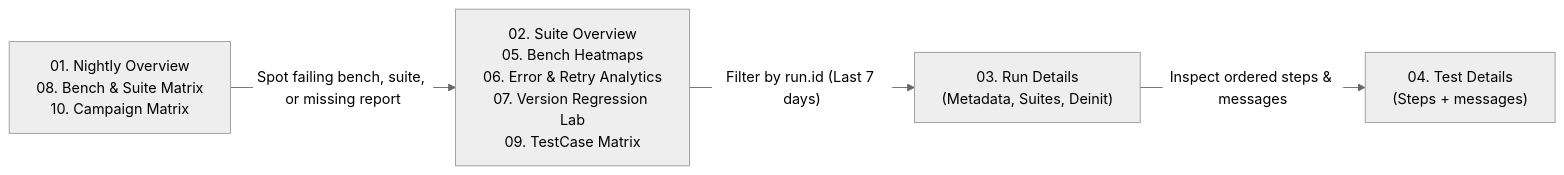
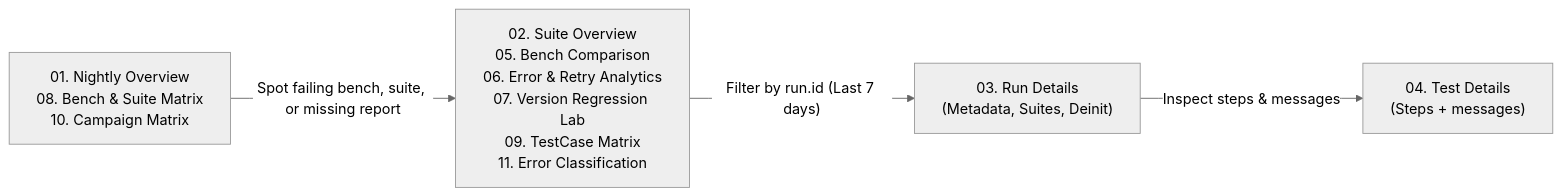
Before and after one commit to CagriCatik/ELK-Stack: the eighth of 8 diagrams in project/docs/architecture-and-data-modeling.md, drawn with Mermaid (neutral theme). The commit also changed other lines of this file and 250 other files, not shown here.

````diff
--- a/project/docs/architecture-and-data-modeling.md
+++ b/project/docs/architecture-and-data-modeling.md
@@ -201,6 +201,6 @@
 ```mermaid
 flowchart LR
-  D1["01. Nightly Overview<br/>08. Bench & Suite Matrix<br/>10. Campaign Matrix"] -->|"Spot failing bench, suite, or missing report"| D2["02. Suite Overview<br/>05. Bench Heatmaps<br/>06. Error & Retry Analytics<br/>07. Version Regression Lab<br/>09. TestCase Matrix"]
+  D1["01. Nightly Overview<br/>08. Bench & Suite Matrix<br/>10. Campaign Matrix"] -->|"Spot failing bench, suite, or missing report"| D2["02. Suite Overview<br/>05. Bench Comparison<br/>06. Error & Retry Analytics<br/>07. Version Regression Lab<br/>09. TestCase Matrix<br/>11. Error Classification"]
   D2 -->|"Filter by run.id (Last 7 days)"| D3["03. Run Details<br/>(Metadata, Suites, Deinit)"]
-  D3 -->|"Inspect ordered steps & messages"| D4["04. Test Details<br/>(Steps + <errors> messages)"]
+  D3 -->|"Inspect steps & messages"| D4["04. Test Details<br/>(Steps + <errors> messages)"]
 ```
````
